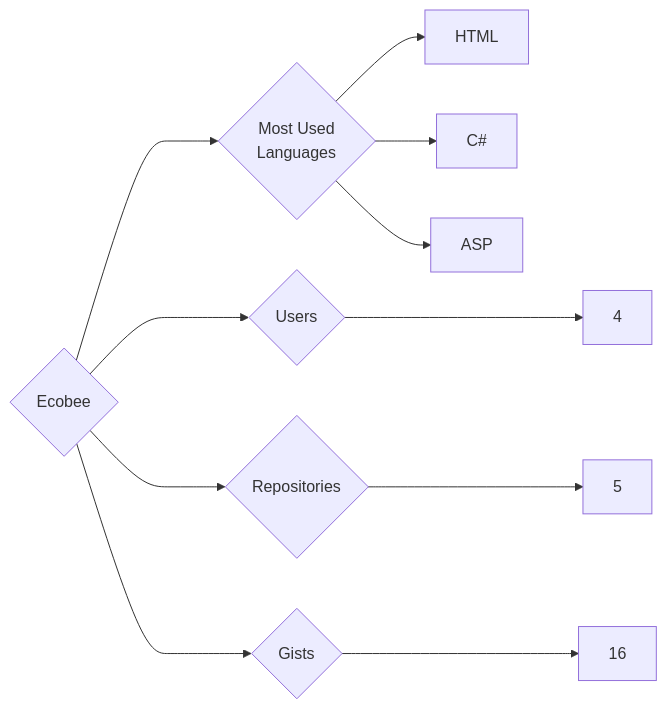
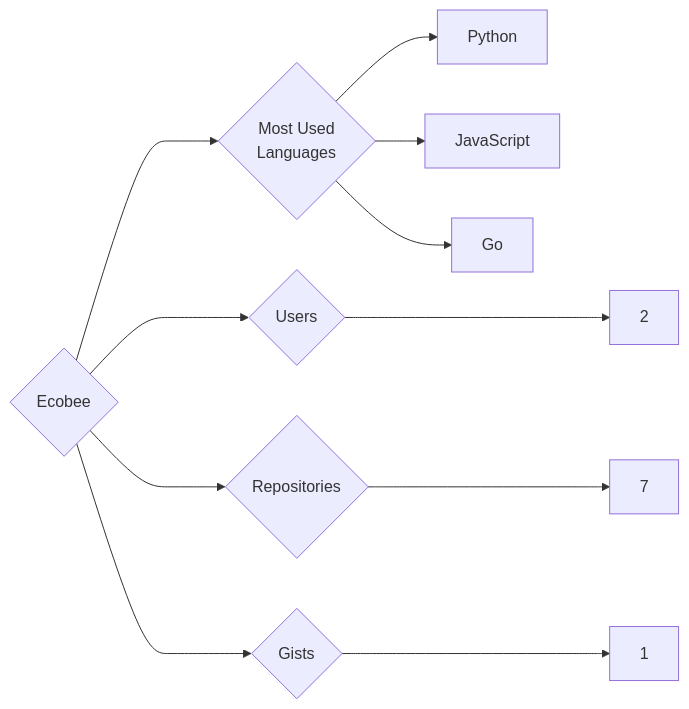
One commit to trickest/insiders changed the diagram in targets/Ecobee/README.md. Above: the diagram before and after it, drawn with Mermaid. The commit also changed 783 other files, not shown here.

````diff
--- a/targets/Ecobee/README.md
+++ b/targets/Ecobee/README.md
@@ -3,11 +3,11 @@
 ```mermaid
 graph LR
 COMPANY_NAME{Ecobee}
-COMPANY_NAME ---> U{Users} ---> UN[4]
-COMPANY_NAME ---> R{Repositories} ---> RN[5]
-COMPANY_NAME ---> G{Gists} ---> GN[16]
+COMPANY_NAME ---> U{Users} ---> UN[2]
+COMPANY_NAME ---> R{Repositories} ---> RN[7]
+COMPANY_NAME ---> G{Gists} ---> GN[1]
 COMPANY_NAME ---> ML{Most Used<br>Languages}
-ML --> HTML[HTML]
-ML --> C#[C#]
-ML --> ASP[ASP]
+ML --> Python[Python]
+ML --> JavaScript[JavaScript]
+ML --> Go[Go]
 ```
````
